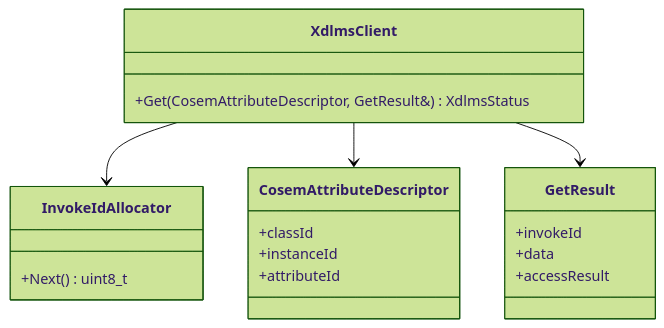
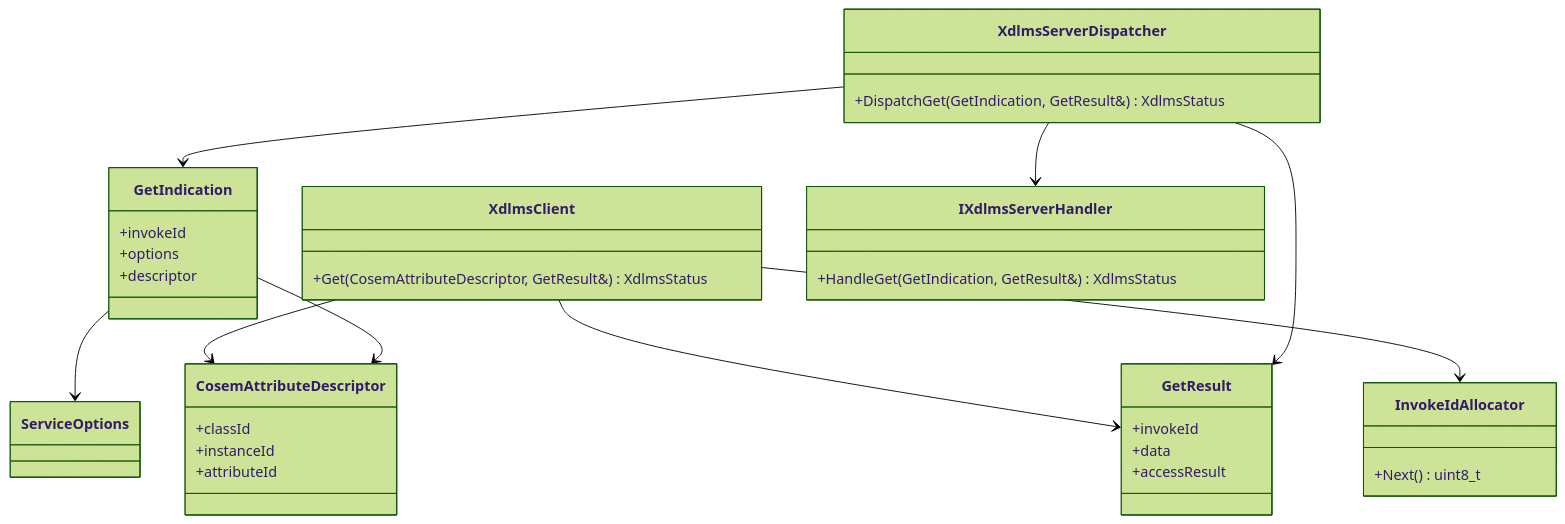
One commit to gvtret/dlms-xdlms changed the diagram in docs/01_xdlms_api.md. Above: the diagram before and after it, drawn with Mermaid (forest theme). The commit also changed other lines of this file and 4 other files, not shown here.

First line of the commit message:
docs(xdlms): define server normal get boundary

````diff
--- a/docs/01_xdlms_api.md
+++ b/docs/01_xdlms_api.md
@@ -80,26 +122,45 @@
 ```mermaid
 classDiagram
   class XdlmsClient {
     +Get(CosemAttributeDescriptor, GetResult&) XdlmsStatus
   }
 
   class InvokeIdAllocator {
     +Next() uint8_t
   }
 
   class CosemAttributeDescriptor {
     +classId
     +instanceId
     +attributeId
   }
 
   class GetResult {
     +invokeId
     +data
     +accessResult
   }
 
+  class GetIndication {
+    +invokeId
+    +options
+    +descriptor
+  }
+
+  class IXdlmsServerHandler {
+    +HandleGet(GetIndication, GetResult&) XdlmsStatus
+  }
+
+  class XdlmsServerDispatcher {
+    +DispatchGet(GetIndication, GetResult&) XdlmsStatus
+  }
+
   XdlmsClient --> InvokeIdAllocator
   XdlmsClient --> CosemAttributeDescriptor
   XdlmsClient --> GetResult
+  GetIndication --> ServiceOptions
+  GetIndication --> CosemAttributeDescriptor
+  XdlmsServerDispatcher --> IXdlmsServerHandler
+  XdlmsServerDispatcher --> GetIndication
+  XdlmsServerDispatcher --> GetResult
 ```
````
